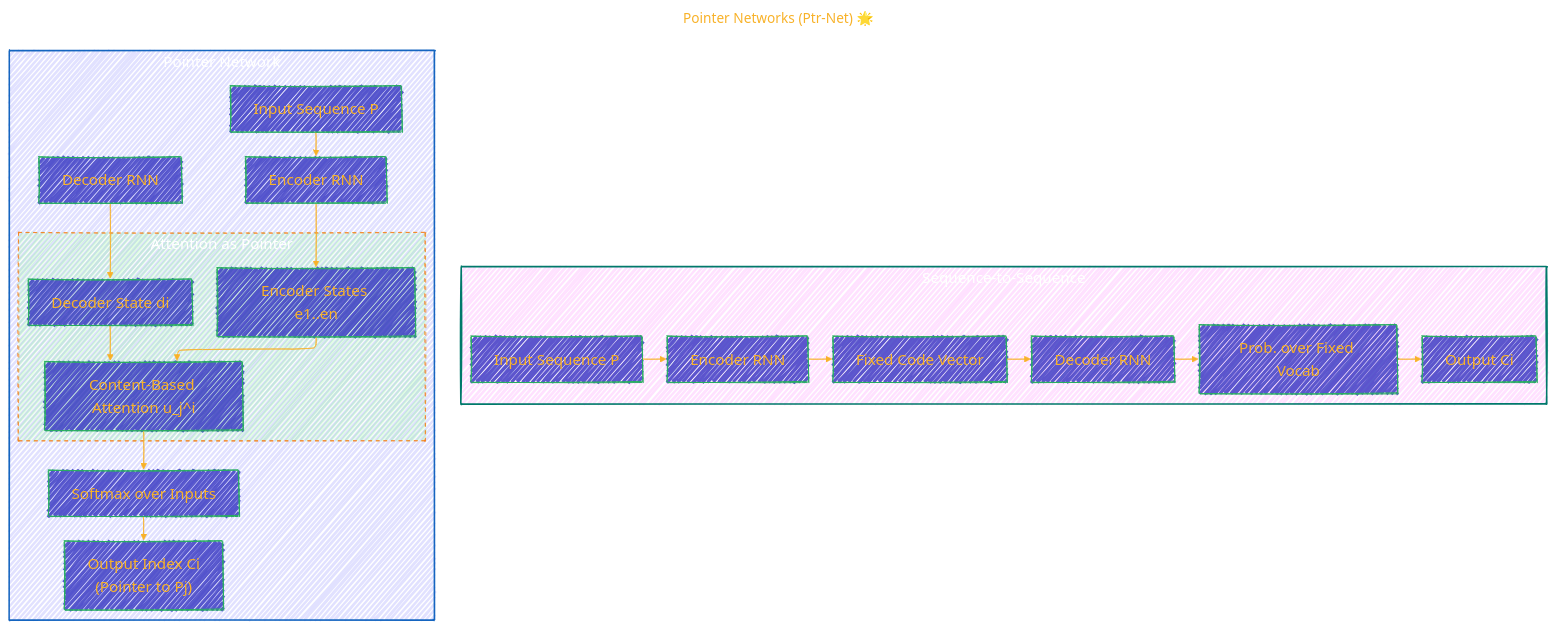
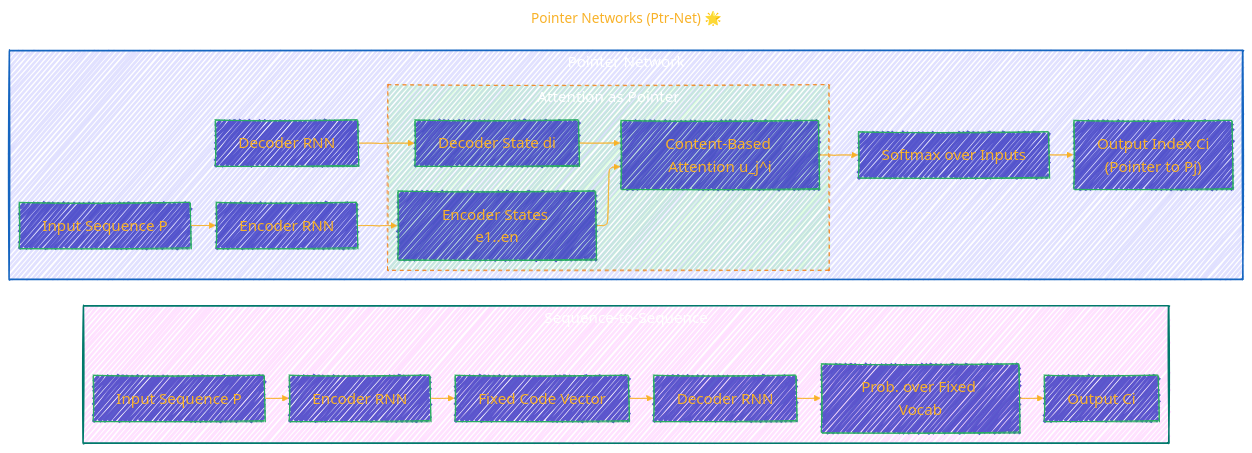
Before and after one commit to CongLeSolutionX/Ilya_Sutskever_reading_list: the first of 4 diagrams in Pointer_Networks/Pointer_Networks.md, drawn with Mermaid.

Commit message:
update notes

````diff
--- a/Pointer_Networks/Pointer_Networks.md
+++ b/Pointer_Networks/Pointer_Networks.md
@@ -145,63 +145,63 @@
 ```mermaid
 ---
 title: "Pointer Networks (Ptr-Net) 🌟"
 author: "Cong Le"
 version: "1.0"
 license(s): "MIT, CC BY-SA 4.0"
 copyright: "Copyright (c) 2025 Cong Le. All Rights Reserved."
 config:
   layout: elk
   theme: base
   look: handDrawn
 ---
 %%%%%%%% Mermaid version v11.4.1-b.14
 %%%%%%%% Available curve styles include the following keywords:
 %% basis, bumpX, bumpY, cardinal, catmullRom, linear, monotoneX, monotoneY, natural, step, stepAfter, stepBefore.
 %%{
   init: {
     'flowchart': { 'htmlLabels': true, 'curve': 'basis' },
     'fontFamily': 'American Typewriter, monospace',
     'logLevel': 'fatal',
     'themeVariables': {
       'primaryColor': '#22BB',
       'primaryTextColor': '#F8B229',
       'lineColor': '#F8B229',
       'primaryBorderColor': '#27AE60',
       'secondaryColor': '#E2F1',
       'secondaryTextColor': '#6C3483',
       'secondaryBorderColor': '#A569BD',
       'fontSize': '20px'
     }
   }
 }%%
-flowchart TD
+flowchart LR
     subgraph Seq2Seq_Model["Sequence-to-Sequence"]
     style Seq2Seq_Model fill:#F2F2,stroke:#00796b,stroke-width:2px, color: #FFFF
     direction LR
         S_Input["Input Sequence P"] --> S_Encoder["Encoder RNN"]
         S_Encoder --> S_Code["Fixed Code Vector"]
         S_Code --> S_Decoder["Decoder RNN"]
         S_Decoder --> S_Prob["Prob. over Fixed Vocab"]
         S_Prob --> S_Output["Output Ci"]
     end
 
     subgraph PtrNet_Model["Pointer Network"]
     style PtrNet_Model fill:#22F2,stroke:#1565c0,stroke-width:2px, color: #FFFF
     direction LR
         P_Input["Input Sequence P"] --> P_Encoder["Encoder RNN"]
         P_Encoder --> P_EncoderStates["Encoder States e1..en"]
         P_Decoder["Decoder RNN"] --> P_DecoderState_di["Decoder State di"]
         
         subgraph AttentionAsPointer["Attention as Pointer"]
         style AttentionAsPointer fill:#2F22,stroke:#f57f17,stroke-width:1px,stroke-dasharray: 5 5, color: #FFFF
             P_EncoderStates --> P_AttMech[Content-Based Attention u_j^i]
             P_DecoderState_di --> P_AttMech
         end
         P_AttMech --> P_Softmax["Softmax over Inputs"]
         P_Softmax --> P_OutputIdx["Output Index Ci<br/> (Pointer to Pj)"]
     end
-    
+
     %% Connections showing flow
     %% Note: For Ptr-Net, the decoder state also influences subsequent steps, and encoder states are used at each step.
     %% This is simplified for comparison focus.
 ```
````
